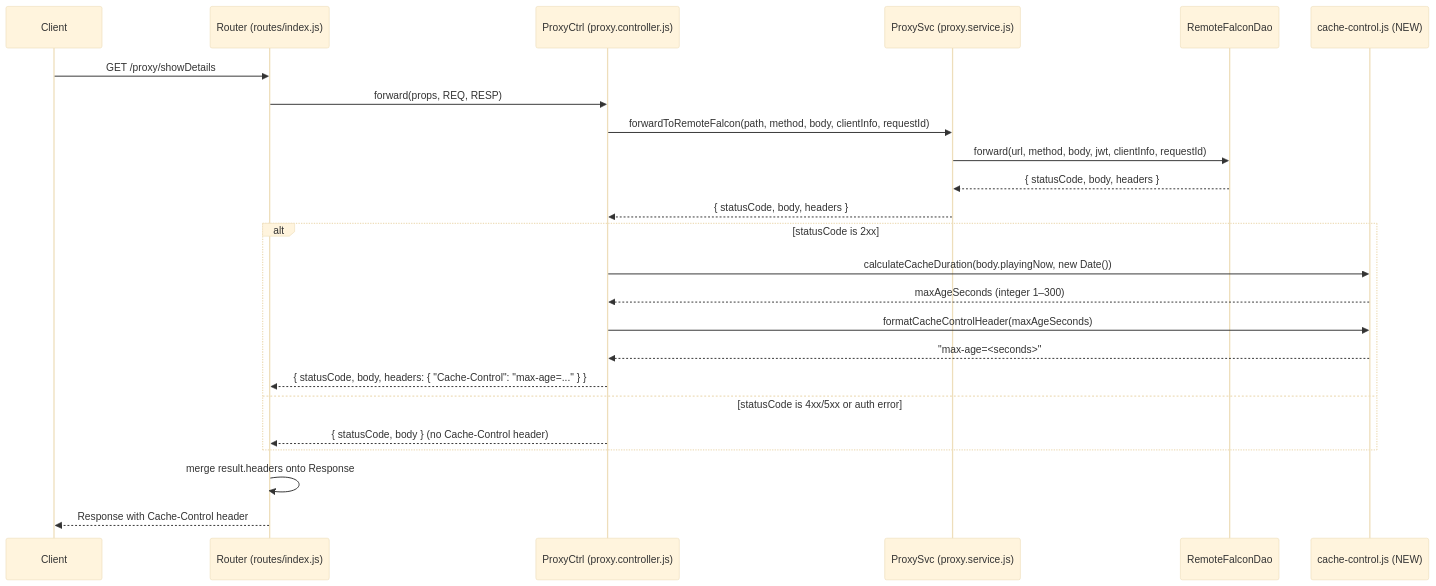
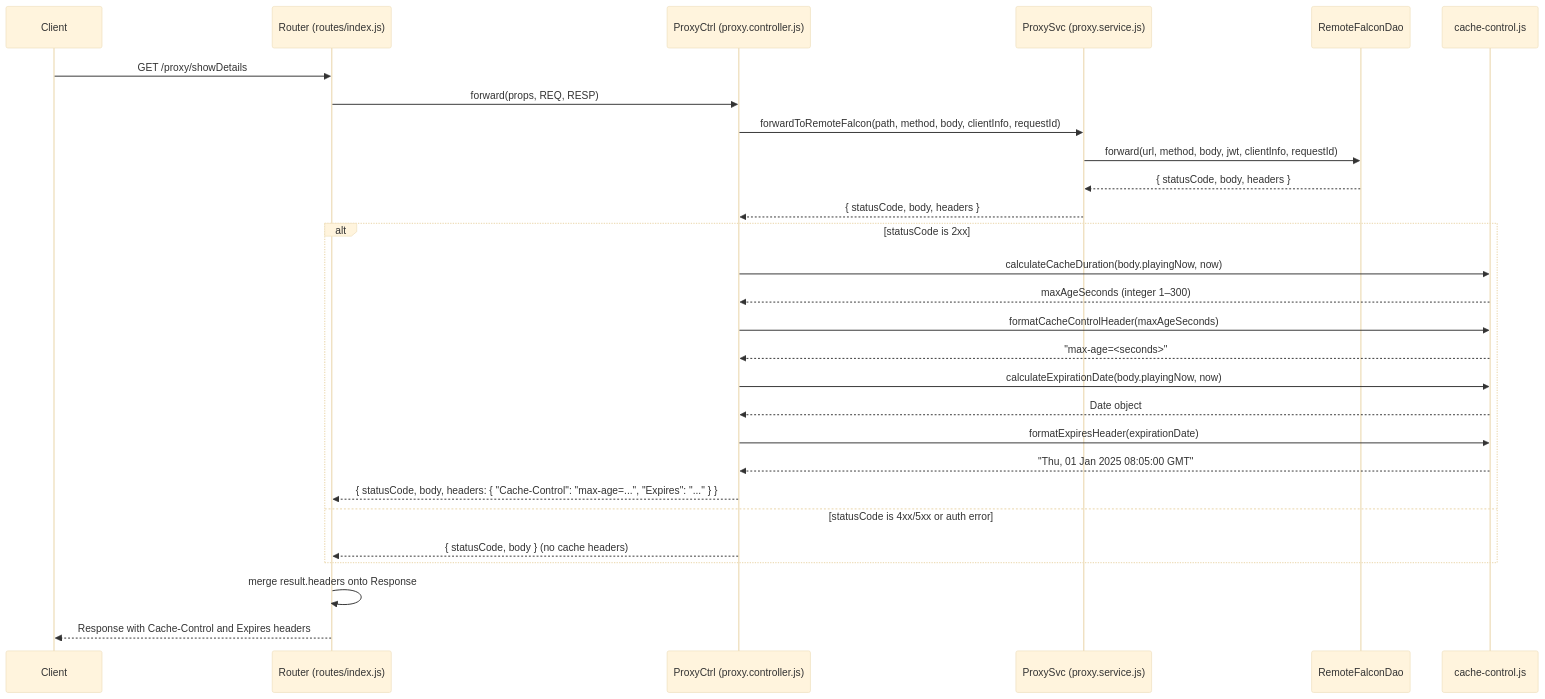
One commit to chadkluck/serverless-remote-falcon-api-proxy changed the diagram in .kiro/specs/0-0-1-dynamic-proxy-cache-control/design.md. Above: the diagram before and after it, drawn with Mermaid (base theme). The commit also changed other lines of this file and 9 other files, not shown here.

````diff
--- a/.kiro/specs/0-0-1-dynamic-proxy-cache-control/design.md
+++ b/.kiro/specs/0-0-1-dynamic-proxy-cache-control/design.md
@@ -18,29 +26,33 @@
 ```mermaid
 sequenceDiagram
     participant Client
     participant Router as Router (routes/index.js)
     participant ProxyCtrl as ProxyCtrl (proxy.controller.js)
     participant ProxySvc as ProxySvc (proxy.service.js)
     participant DAO as RemoteFalconDao
-    participant CacheUtil as cache-control.js (NEW)
+    participant CacheUtil as cache-control.js
 
     Client->>Router: GET /proxy/showDetails
     Router->>ProxyCtrl: forward(props, REQ, RESP)
     ProxyCtrl->>ProxySvc: forwardToRemoteFalcon(path, method, body, clientInfo, requestId)
     ProxySvc->>DAO: forward(url, method, body, jwt, clientInfo, requestId)
     DAO-->>ProxySvc: { statusCode, body, headers }
     ProxySvc-->>ProxyCtrl: { statusCode, body, headers }
     
     alt statusCode is 2xx
-        ProxyCtrl->>CacheUtil: calculateCacheDuration(body.playingNow, new Date())
+        ProxyCtrl->>CacheUtil: calculateCacheDuration(body.playingNow, now)
         CacheUtil-->>ProxyCtrl: maxAgeSeconds (integer 1–300)
         ProxyCtrl->>CacheUtil: formatCacheControlHeader(maxAgeSeconds)
         CacheUtil-->>ProxyCtrl: "max-age=<seconds>"
-        ProxyCtrl-->>Router: { statusCode, body, headers: { "Cache-Control": "max-age=..." } }
+        ProxyCtrl->>CacheUtil: calculateExpirationDate(body.playingNow, now)
+        CacheUtil-->>ProxyCtrl: Date object
+        ProxyCtrl->>CacheUtil: formatExpiresHeader(expirationDate)
+        CacheUtil-->>ProxyCtrl: "Thu, 01 Jan 2025 08:05:00 GMT"
+        ProxyCtrl-->>Router: { statusCode, body, headers: { "Cache-Control": "max-age=...", "Expires": "..." } }
     else statusCode is 4xx/5xx or auth error
-        ProxyCtrl-->>Router: { statusCode, body } (no Cache-Control header)
+        ProxyCtrl-->>Router: { statusCode, body } (no cache headers)
     end
     
     Router->>Router: merge result.headers onto Response
-    Router-->>Client: Response with Cache-Control header
+    Router-->>Client: Response with Cache-Control and Expires headers
 ```
````
